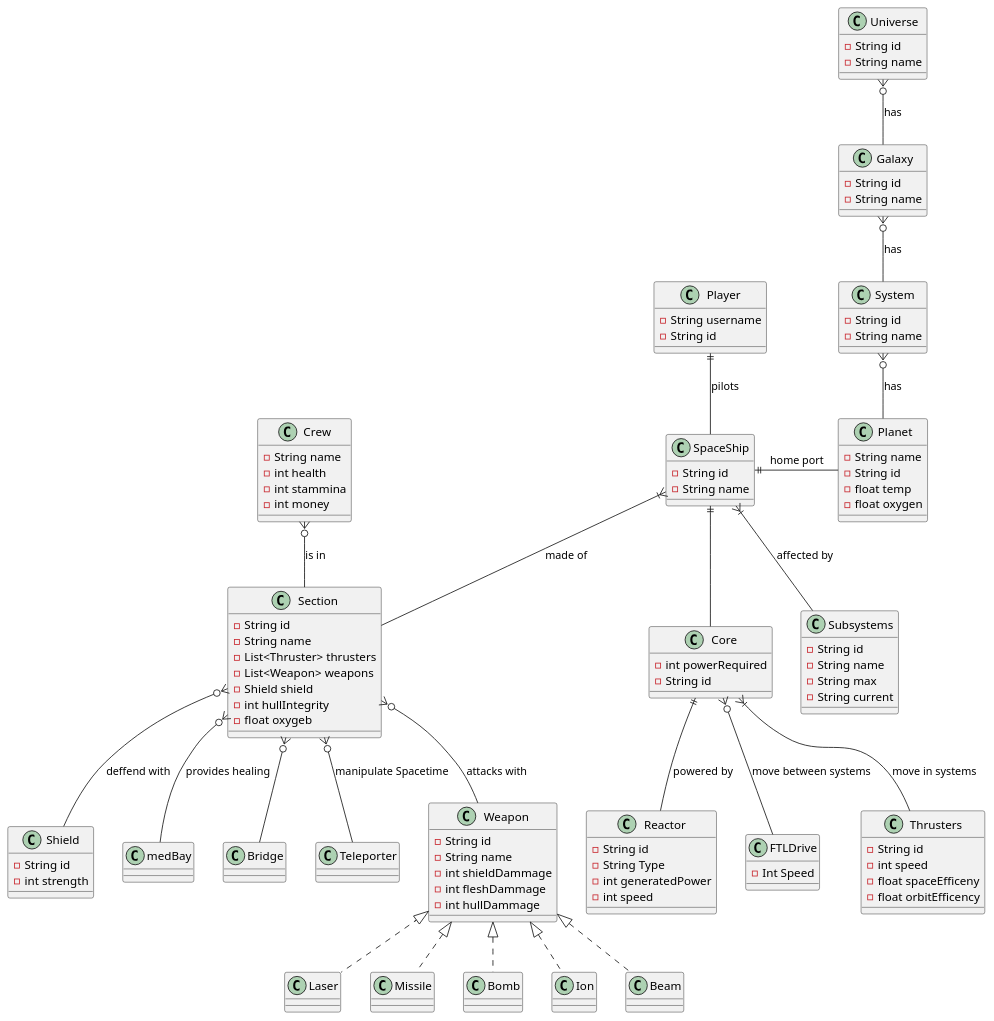
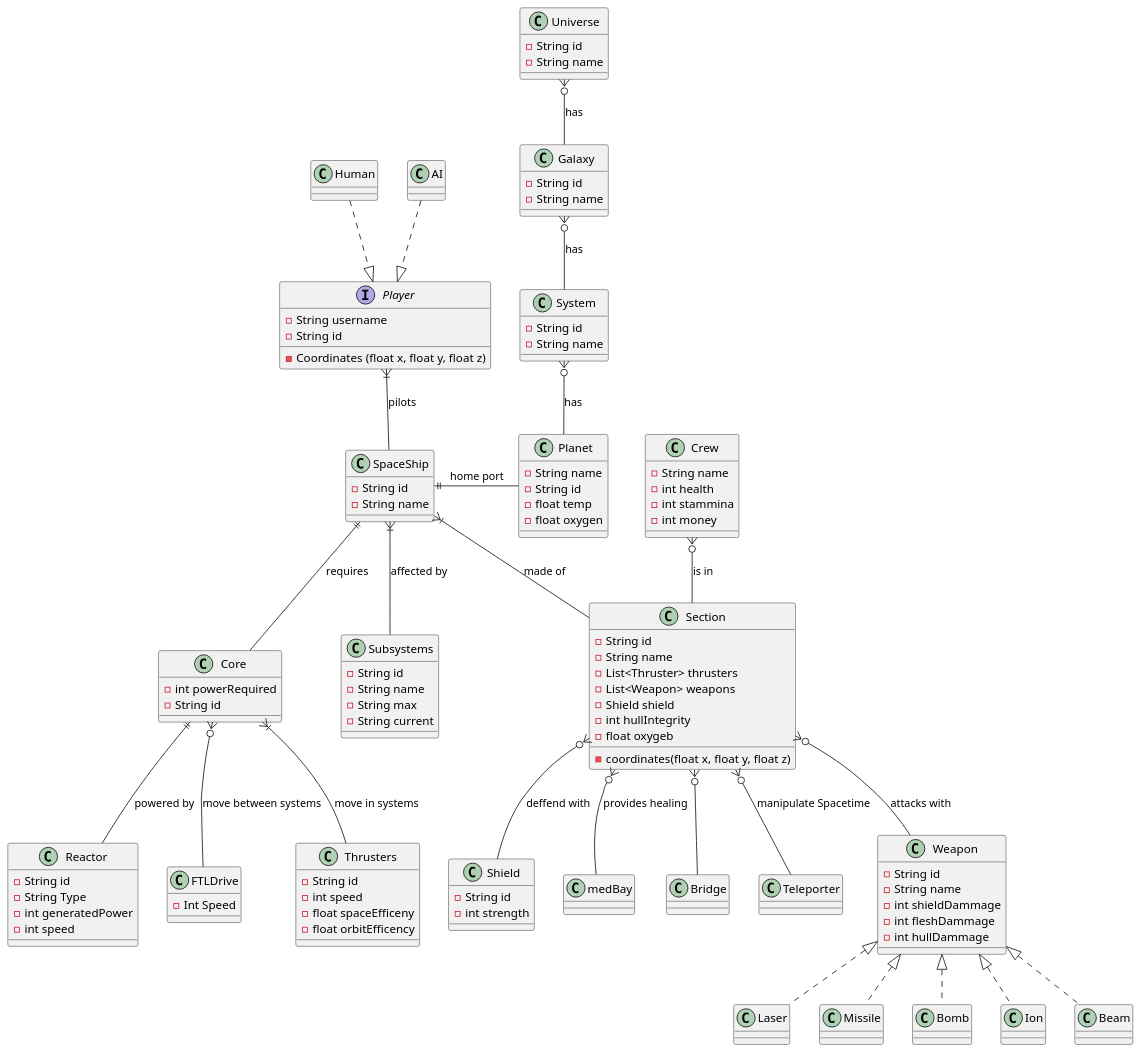
The second of 3 diagrams in docs/model.org (ksreyr/SpaceStudio), drawn with PlantUML before and after one commit. The commit also changed other lines of this file and 1 other file, not shown here.

```diff
--- a/docs/model.org
+++ b/docs/model.org
@@ -58,6 +58,7 @@
   - Shield shield
   - int hullIntegrity
   - float oxygeb
+  - coordinates(float x, float y, float z)
 }
 
 class medBay
@@ -94,11 +95,17 @@
 
 }
 
-class Player {
+
+
+interface Player {
    - String username
    - String id
+   - Coordinates (float x, float y, float z)
 }
 
+class AI
+
+class Human
 
 class Universe {
    - String id
@@ -128,12 +135,13 @@
 System }o-- Planet: has
 SpaceShip ||-right- Planet : home port
 
-Player ||-- SpaceShip: pilots
-
+Player }|-- SpaceShip: pilots
+Player <|.up. AI
+Player <|.up. Human
 
 SpaceShip }|-- Subsystems: affected by
 SpaceShip }|-- Section: made of
-SpaceShip ||-- Core
+SpaceShip ||-- Core: requires
 
 Core }|-- Thrusters: move in systems
 Core }o-- FTLDrive: move between systems
```
